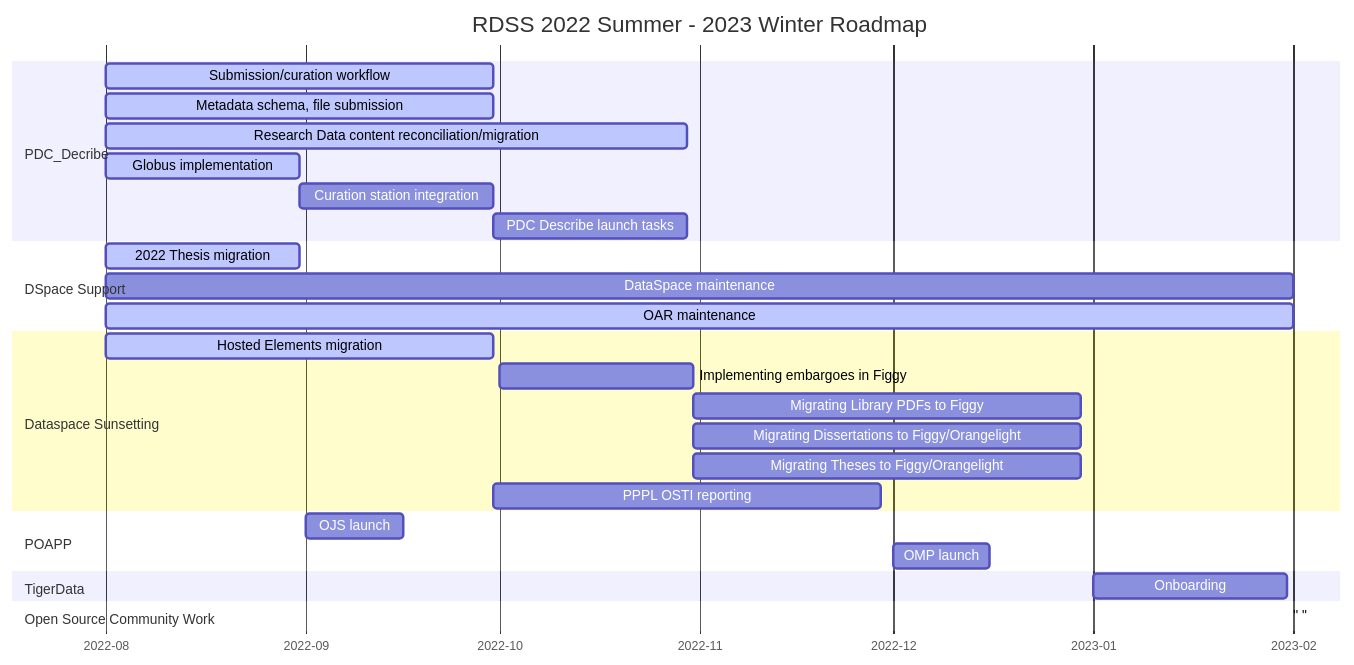
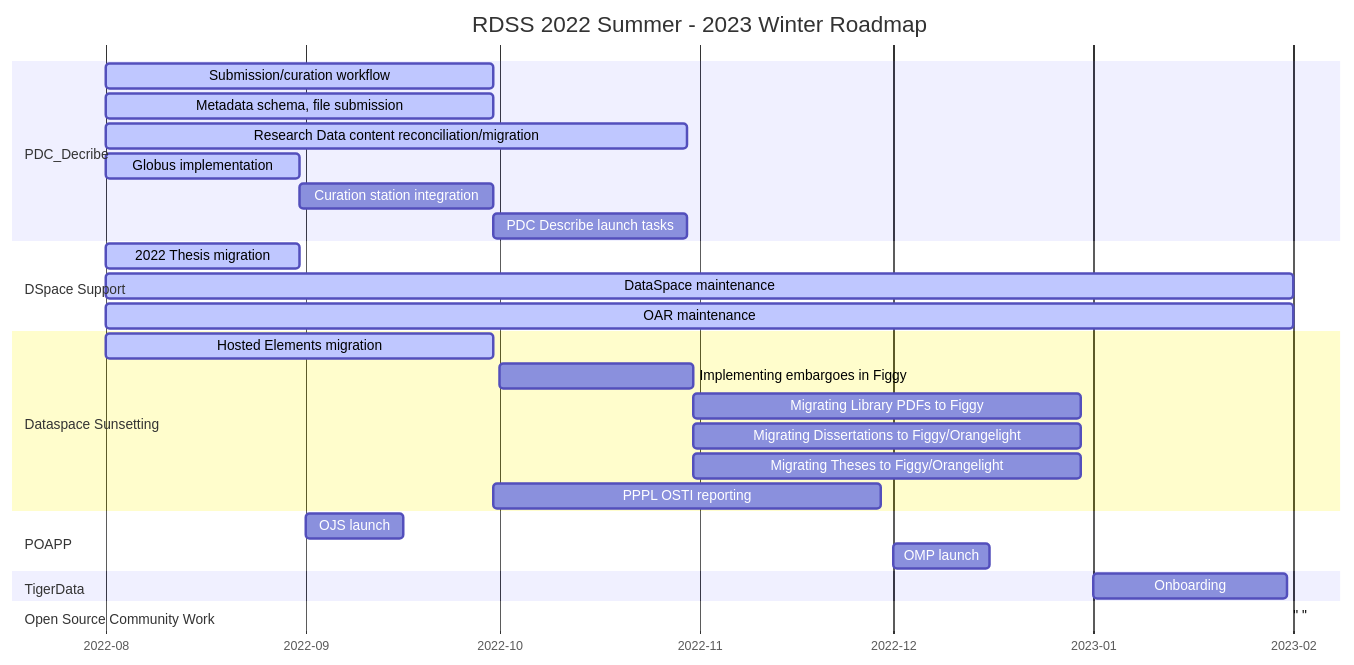
The first of 2 diagrams in roadmap.md (pulibrary/rdss-handbook), drawn with Mermaid before and after one commit.

````diff
--- a/roadmap.md
+++ b/roadmap.md
@@ -5,32 +5,32 @@
 ```mermaid
 gantt
     title RDSS 2022 Summer - 2023 Winter Roadmap
     axisFormat  %Y-%m
     dateformat YYYY-MM
     section PDC_Decribe
     Submission/curation workflow           :active, pd1, 2022-08, 60d
     Metadata schema, file submission :active, pd2, 2022-08, 60d
     Research Data content reconciliation/migration :active, pd3, 2022-08, 90d
     Globus implementation     :active, pd4, 2022-08, 30d
     Curation station integration: pd5, after pd4, 30d
     PDC Describe launch tasks: pd6, after pd5, 30d
     section DSpace Support
     2022 Thesis migration :active, dsp1, 2022-08, 30d
-    DataSpace maintenance :active dsp2, 2022-08, 2023-02
+    DataSpace maintenance :active, dsp2, 2022-08, 2023-02
     OAR maintenance :active, dsp2, 2022-08, 2023-02
     section Dataspace Sunsetting
     Hosted Elements migration :active, ds1, 2022-08, 60d
     Implementing embargoes in Figgy: ds2, 2022-10, 30d
     Migrating Library PDFs to Figgy: ds4, after ds2, 60d
     Migrating Dissertations to Figgy/Orangelight: ds5, after ds2, 60d
     Migrating Theses to Figgy/Orangelight: ds6, after ds2, 60d
     PPPL OSTI reporting: ds3, after pd5,60d
     section POAPP
     OJS launch: po1, 2022-09, 15d
     OMP launch: po2, 2022-12, 15d
     section TigerData
     Onboarding: td1, 2023-01, 30d
     section Open Source Community Work
     " ": os1
 
 ```
````
